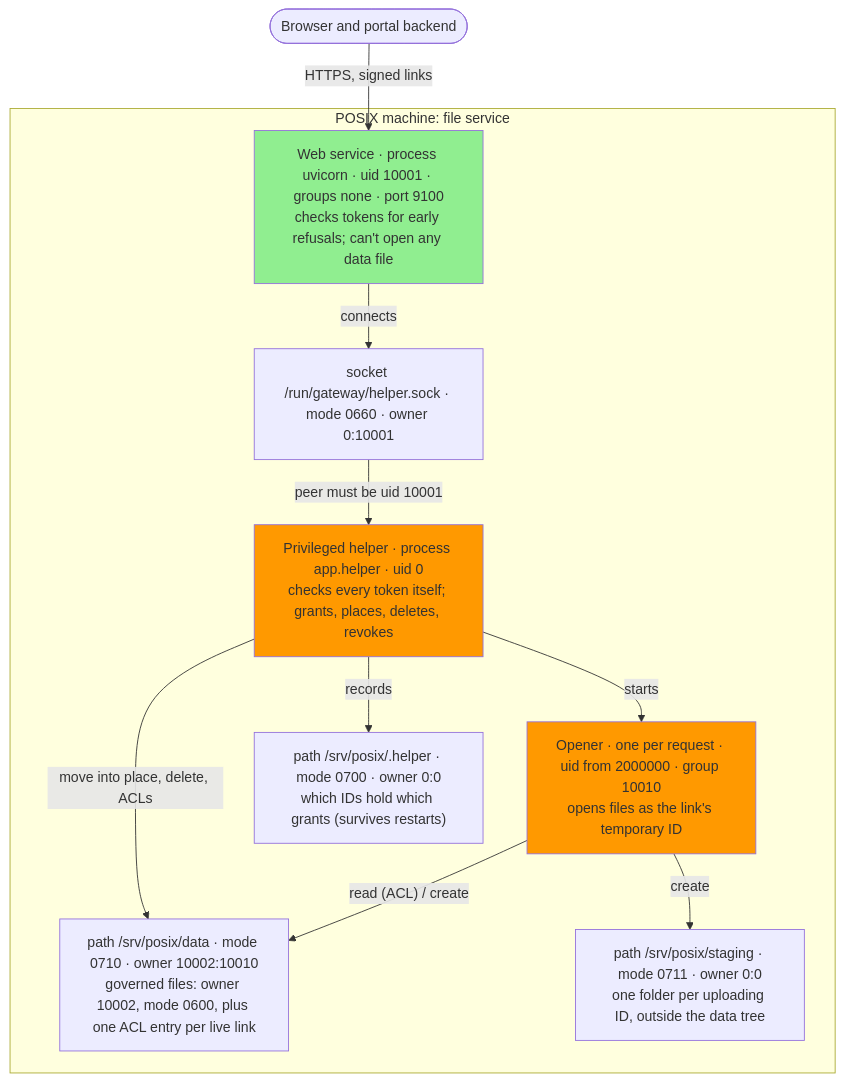
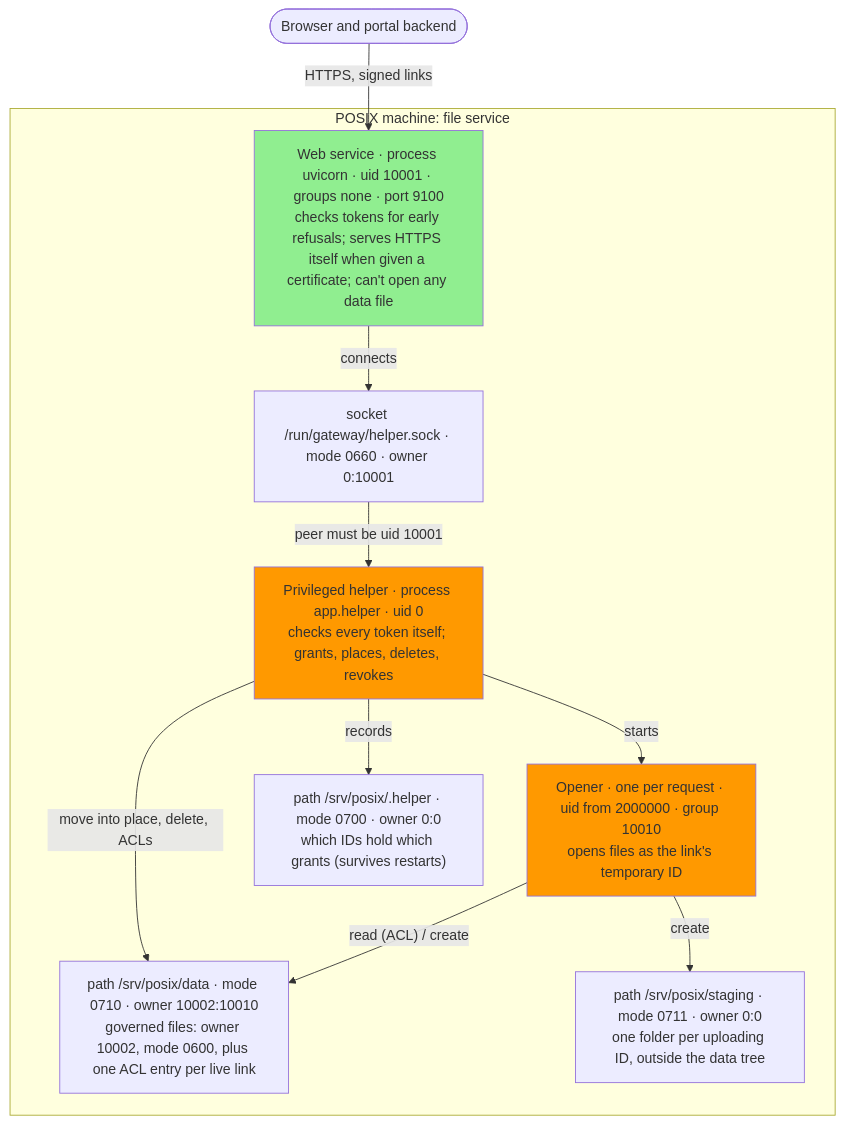
One commit to pmahon3/Data-Portal changed the diagram in docs/diagrams/posix-deployment.md. Above: the diagram before and after it, drawn with Mermaid. The commit also changed other lines of this file, not shown here.

First line of the commit message:
docs(posix): the deployment diagram shows HTTPS and the state folder

````diff
--- a/docs/diagrams/posix-deployment.md
+++ b/docs/diagrams/posix-deployment.md
@@ -10,28 +10,28 @@
 ```mermaid
 %% check: deployment
 flowchart TB
     browser(["Browser and portal backend"])
 
     subgraph container["POSIX machine: file service"]
-        web["Web service · process uvicorn · uid 10001 · groups none · port 9100<br/>checks tokens for early refusals; can't open any data file"]
+        web["Web service · process uvicorn · uid 10001 · groups none · port 9100<br/>checks tokens for early refusals; serves HTTPS itself when given a certificate; can't open any data file"]
         helper["Privileged helper · process app.helper · uid 0<br/>checks every token itself; grants, places, deletes, revokes"]
         opener["Opener · one per request · uid from 2000000 · group 10010<br/>opens files as the link's temporary ID"]
         sock["socket /run/gateway/helper.sock · mode 0660 · owner 0:10001"]
         data["path /srv/posix/data · mode 0710 · owner 10002:10010<br/>governed files: owner 10002, mode 0600, plus one ACL entry per live link"]
         staging["path /srv/posix/staging · mode 0711 · owner 0:0<br/>one folder per uploading ID, outside the data tree"]
         state["path /srv/posix/.helper · mode 0700 · owner 0:0<br/>which IDs hold which grants (survives restarts)"]
     end
 
     browser -- "HTTPS, signed links" --> web
     web -- "connects" --> sock
     sock -- "peer must be uid 10001" --> helper
     helper -- "starts" --> opener
     opener -- "read (ACL) / create" --> data
     opener -- "create" --> staging
     helper -- "move into place, delete, ACLs" --> data
     helper -- "records" --> state
 
     style web fill:#90EE90
     style helper fill:#FF9900
     style opener fill:#FF9900
 ```
````
